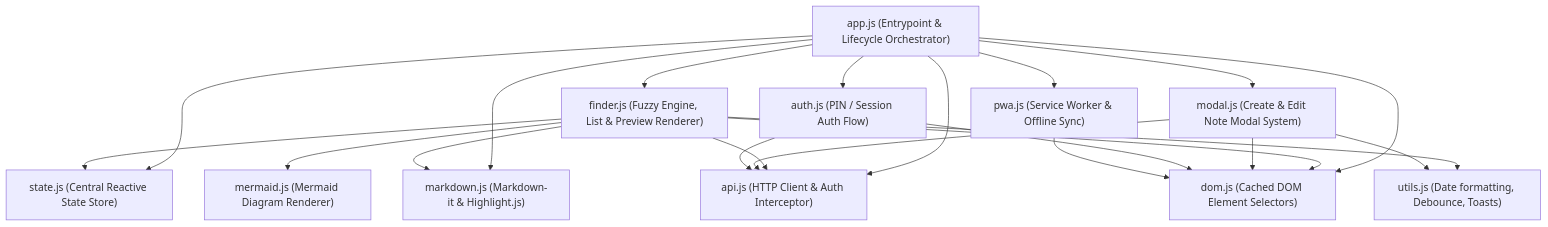
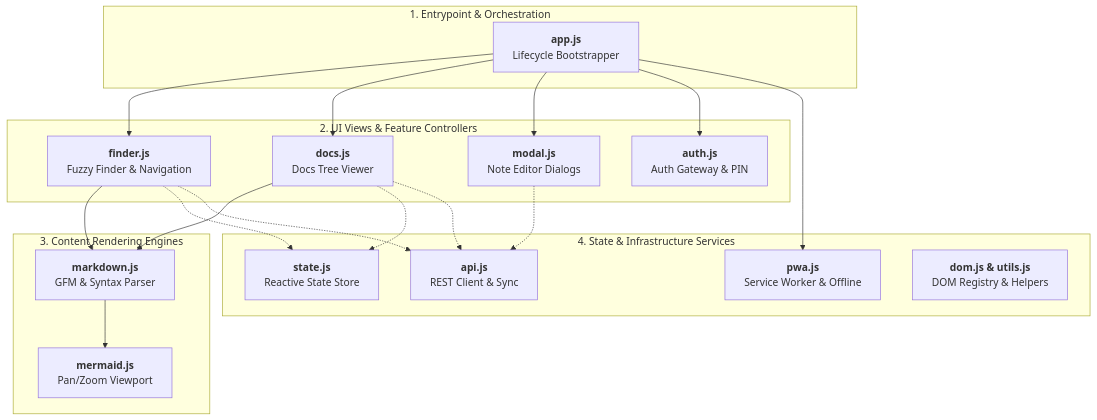
The diagram in docs/04-web-fuzzy-finder.md (tsusheel/kb-cli), drawn with Mermaid before and after one commit. The commit also changed other lines of this file and 23 other files, not shown here.

````diff
--- a/docs/04-web-fuzzy-finder.md
+++ b/docs/04-web-fuzzy-finder.md
@@ -17,39 +17,42 @@
 ```mermaid
 graph TD
-    App["app.js (Entrypoint & Lifecycle Orchestrator)"]
-    State["state.js (Central Reactive State Store)"]
-    DOM["dom.js (Cached DOM Element Selectors)"]
-    API["api.js (HTTP Client & Auth Interceptor)"]
-    Finder["finder.js (Fuzzy Engine, List & Preview Renderer)"]
-    Markdown["markdown.js (Markdown-it & Highlight.js)"]
-    Mermaid["mermaid.js (Mermaid Diagram Renderer)"]
-    Modal["modal.js (Create & Edit Note Modal System)"]
-    Auth["auth.js (PIN / Session Auth Flow)"]
-    PWA["pwa.js (Service Worker & Offline Sync)"]
-    Utils["utils.js (Date formatting, Debounce, Toasts)"]
+    subgraph S1["1. Entrypoint & Orchestration"]
+        App["<b>app.js</b><br/>Lifecycle Bootstrapper"]
+    end
 
-    App --> State
-    App --> DOM
-    App --> API
+    subgraph S2["2. UI Views & Feature Controllers"]
+        Finder["<b>finder.js</b><br/>Fuzzy Finder & Navigation"]
+        Docs["<b>docs.js</b><br/>Docs Tree Viewer"]
+        Modal["<b>modal.js</b><br/>Note Editor Dialogs"]
+        Auth["<b>auth.js</b><br/>Auth Gateway & PIN"]
+    end
+
+    subgraph S3["3. Content Rendering Engines"]
+        Markdown["<b>markdown.js</b><br/>GFM & Syntax Parser"]
+        MermaidEngine["<b>mermaid.js</b><br/>Pan/Zoom Viewport"]
+    end
+
+    subgraph S4["4. State & Infrastructure Services"]
+        State["<b>state.js</b><br/>Reactive State Store"]
+        API["<b>api.js</b><br/>REST Client & Sync"]
+        PWA["<b>pwa.js</b><br/>Service Worker & Offline"]
+        Foundation["<b>dom.js & utils.js</b><br/>DOM Registry & Helpers"]
+    end
+
+    %% Clear, structured hierarchy flows
     App --> Finder
-    App --> Markdown
+    App --> Docs
     App --> Modal
     App --> Auth
     App --> PWA
 
-    Finder --> State
-    Finder --> DOM
     Finder --> Markdown
-    Finder --> Mermaid
-    Finder --> API
-    Finder --> Utils
+    Docs --> Markdown
+    Markdown --> MermaidEngine
 
-    Modal --> DOM
-    Modal --> API
-    Modal --> Utils
-
-    Auth --> DOM
-    Auth --> API
-
-    PWA --> DOM
+    Finder -.-> State
+    Docs -.-> State
+    Modal -.-> API
+    Finder -.-> API
+    Docs -.-> API
 ```
````
